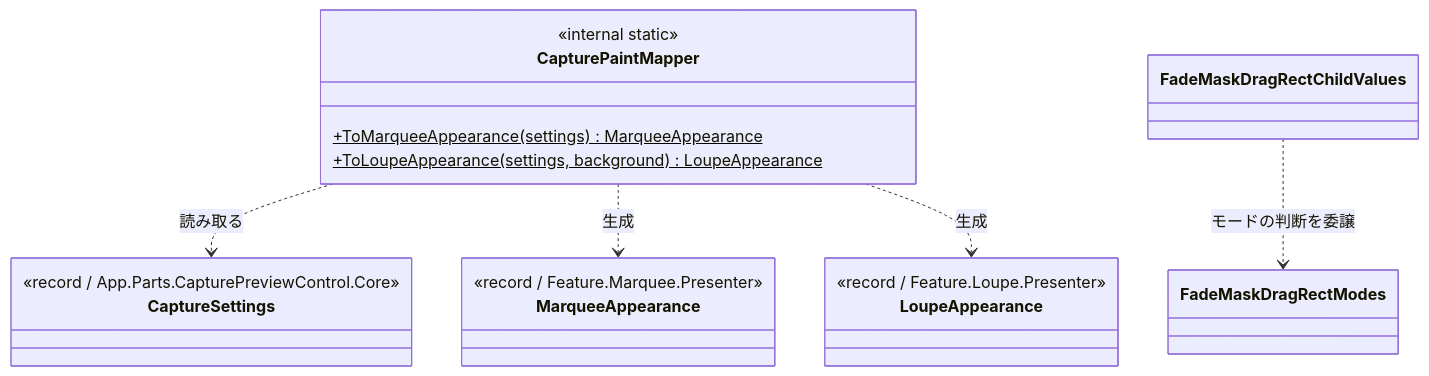
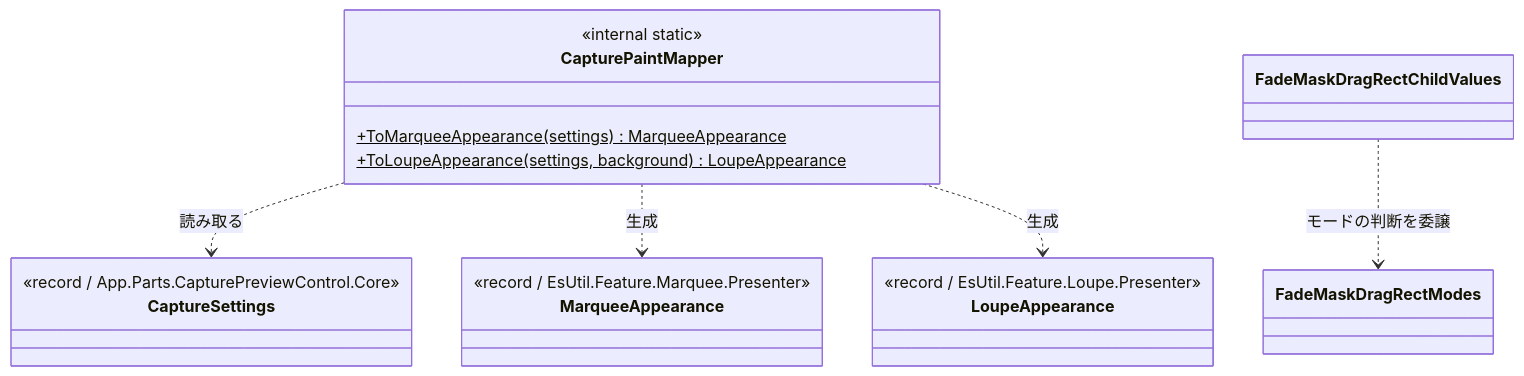
The second of 3 diagrams in src/App.Parts.CaptureSessionControl.UIBase/SPEC_System.md (tomokuni/SaveEvidence), drawn with Mermaid before and after one commit. The commit also changed other lines of this file and 417 other files, not shown here.

First line of the commit message:
Feature と Platform のフォルダを名前空間と同じ EsUtil. 付きへ改名し、ログ接頭辞を EsUtil を除いた語にする

````diff
--- a/src/App.Parts.CaptureSessionControl.UIBase/SPEC_System.md
+++ b/src/App.Parts.CaptureSessionControl.UIBase/SPEC_System.md
@@ -61,22 +61,22 @@
 ```mermaid
 classDiagram
   class CapturePaintMapper {
     <<internal static>>
     +ToMarqueeAppearance(settings)$ MarqueeAppearance
     +ToLoupeAppearance(settings, background)$ LoupeAppearance
   }
   class CaptureSettings {
     <<record / App.Parts.CapturePreviewControl.Core>>
   }
   class MarqueeAppearance {
-    <<record / Feature.Marquee.Presenter>>
+    <<record / EsUtil.Feature.Marquee.Presenter>>
   }
   class LoupeAppearance {
-    <<record / Feature.Loupe.Presenter>>
+    <<record / EsUtil.Feature.Loupe.Presenter>>
   }
 
   CapturePaintMapper ..> CaptureSettings : 読み取る
   CapturePaintMapper ..> MarqueeAppearance : 生成
   CapturePaintMapper ..> LoupeAppearance : 生成
   FadeMaskDragRectChildValues ..> FadeMaskDragRectModes : モードの判断を委譲
 ```
````
